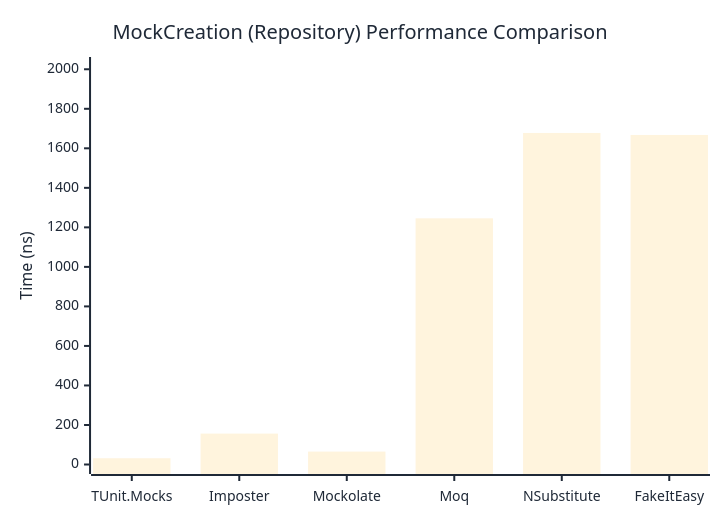
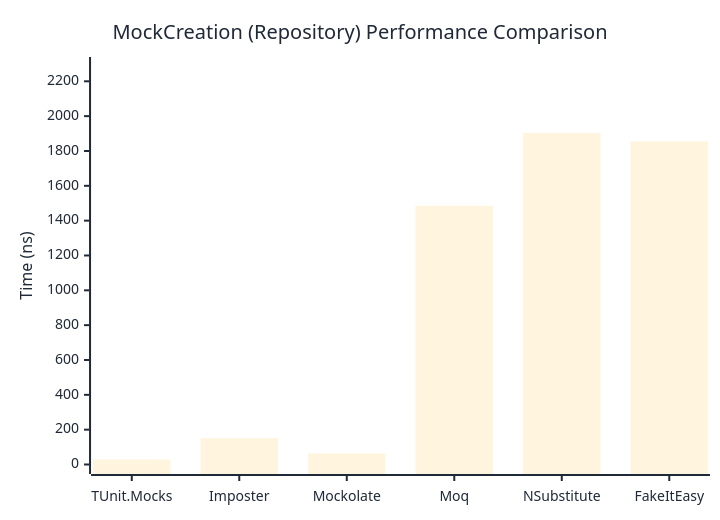
Before and after one commit to thomhurst/TUnit: the second of 2 diagrams in docs/docs/benchmarks/mocks/MockCreation.md, drawn with Mermaid. The commit also changed other lines of this file and 14 other files, not shown here.

````diff
--- a/docs/docs/benchmarks/mocks/MockCreation.md
+++ b/docs/docs/benchmarks/mocks/MockCreation.md
@@ -71,27 +71,27 @@
 ```mermaid
 %%{init: {
   'theme':'base',
   'themeVariables': {
     'primaryColor': '#2563eb',
     'primaryTextColor': '#1f2937',
     'primaryBorderColor': '#1e40af',
     'lineColor': '#6b7280',
     'secondaryColor': '#7c3aed',
     'tertiaryColor': '#dc2626',
     'background': '#ffffff',
     'pie1': '#2563eb',
     'pie2': '#7c3aed',
     'pie3': '#dc2626',
     'pie4': '#f59e0b',
     'pie5': '#10b981',
     'pie6': '#06b6d4',
     'pie7': '#ec4899',
     'pie8': '#6366f1'
   }
 }}%%
 xychart-beta
   title "MockCreation (Repository) Performance Comparison"
   x-axis ["TUnit.Mocks", "Imposter", "Mockolate", "Moq", "NSubstitute", "FakeItEasy"]
-  y-axis "Time (ns)" 0 --> 2014
-  bar [31.71, 156.4, 65.35, 1245.66, 1677.65, 1667.61]
+  y-axis "Time (ns)" 0 --> 2285
+  bar [28.57, 150.53, 63.1, 1485.43, 1903.83, 1854.52]
 ```
````
